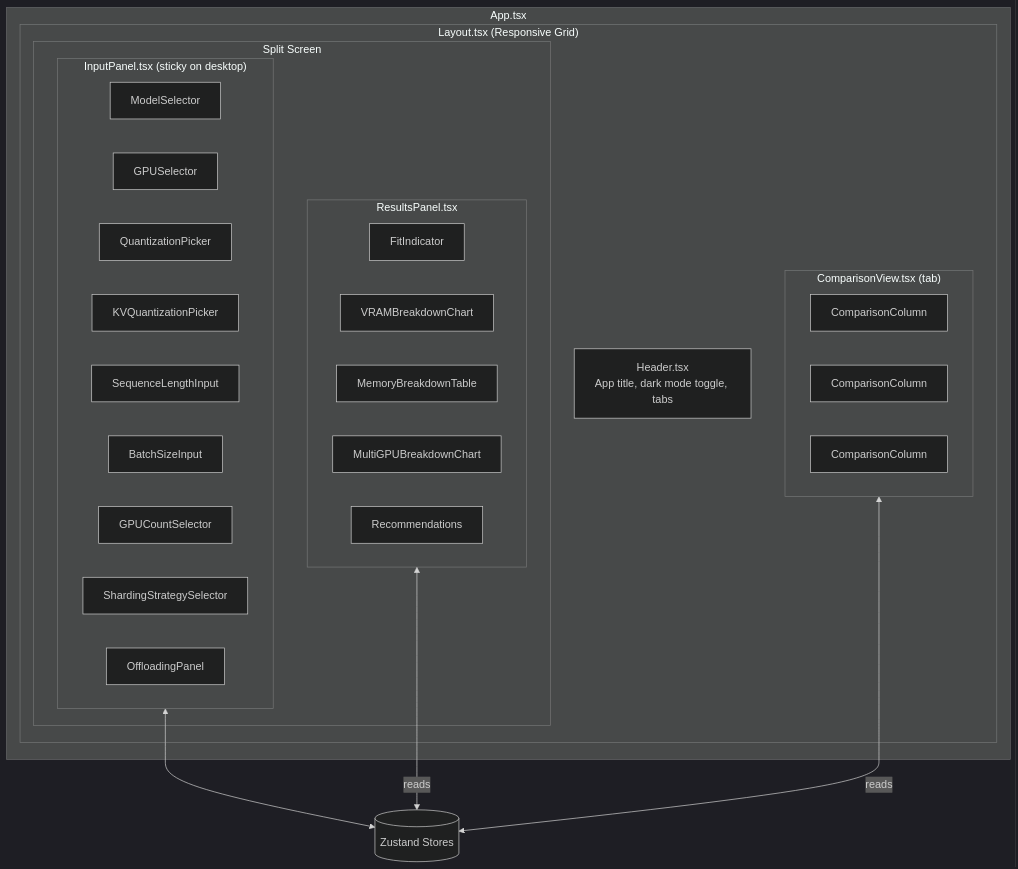
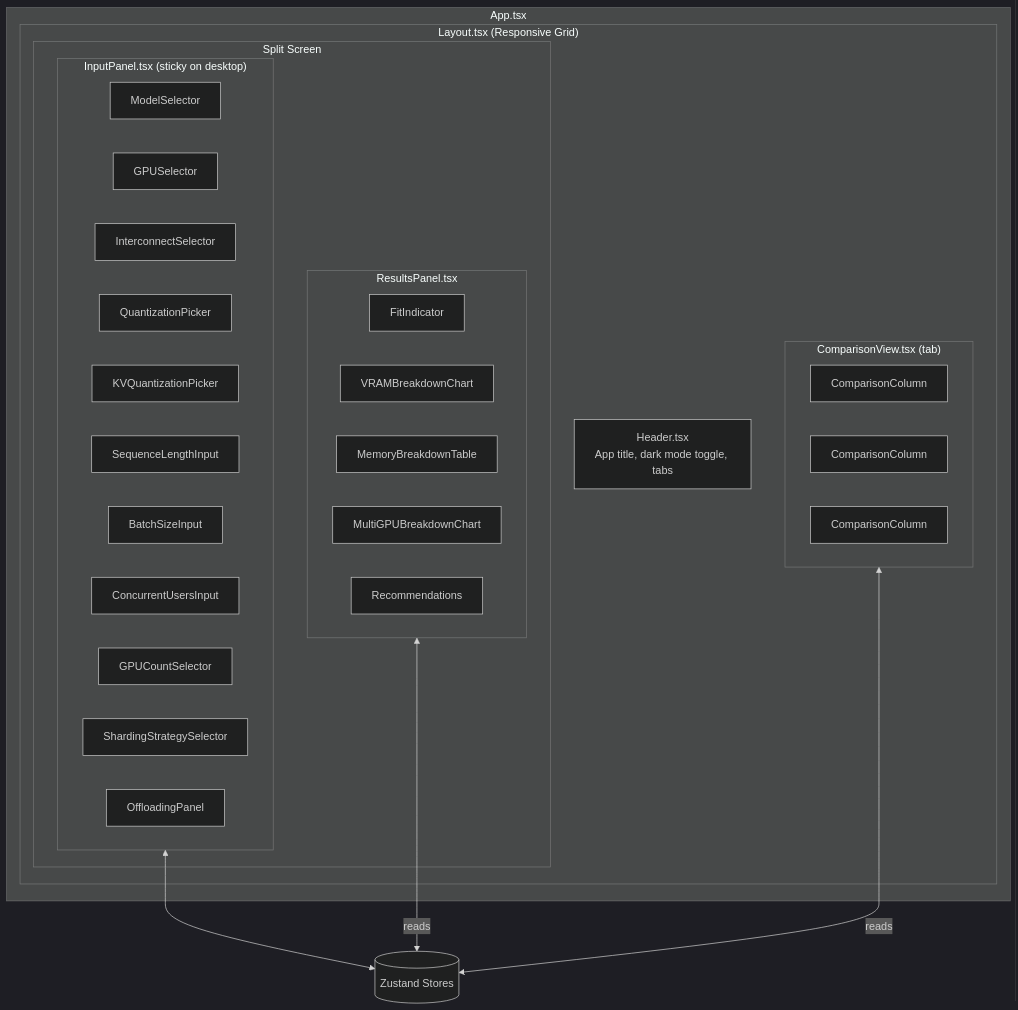
The second of 2 diagrams in ARCHITECTURE.md (fjacquet/llmvram), drawn with Mermaid (dark theme) before and after one commit. The commit also changed other lines of this file and 2 other files, not shown here.

First line of the commit message:
docs: update CHANGELOG, README, and ARCHITECTURE for v1.3.0

````diff
--- a/ARCHITECTURE.md
+++ b/ARCHITECTURE.md
@@ -306,38 +311,40 @@
 ```mermaid
 flowchart TB
     subgraph App["App.tsx"]
         subgraph LayoutComp["Layout.tsx (Responsive Grid)"]
             Header["Header.tsx\nApp title, dark mode toggle, tabs"]
             subgraph Split["Split Screen"]
                 subgraph Left["InputPanel.tsx (sticky on desktop)"]
                     MS["ModelSelector"]
                     GS["GPUSelector"]
+                    IS["InterconnectSelector"]
                     QP["QuantizationPicker"]
                     KVQ["KVQuantizationPicker"]
                     SL["SequenceLengthInput"]
                     BS["BatchSizeInput"]
+                    CU["ConcurrentUsersInput"]
                     GC["GPUCountSelector"]
                     SS["ShardingStrategySelector"]
                     OP["OffloadingPanel"]
                 end
                 subgraph Right["ResultsPanel.tsx"]
                     FI["FitIndicator"]
                     VBC["VRAMBreakdownChart"]
                     MBT["MemoryBreakdownTable"]
                     MGBC["MultiGPUBreakdownChart"]
                     Recs["Recommendations"]
                 end
             end
             subgraph Comparison["ComparisonView.tsx (tab)"]
                 CC1["ComparisonColumn"]
                 CC2["ComparisonColumn"]
                 CC3["ComparisonColumn"]
             end
         end
     end
 
     Store[(Zustand Stores)]
     Left <--> Store
     Right <-- reads --> Store
     Comparison <-- reads --> Store
 ```
````
